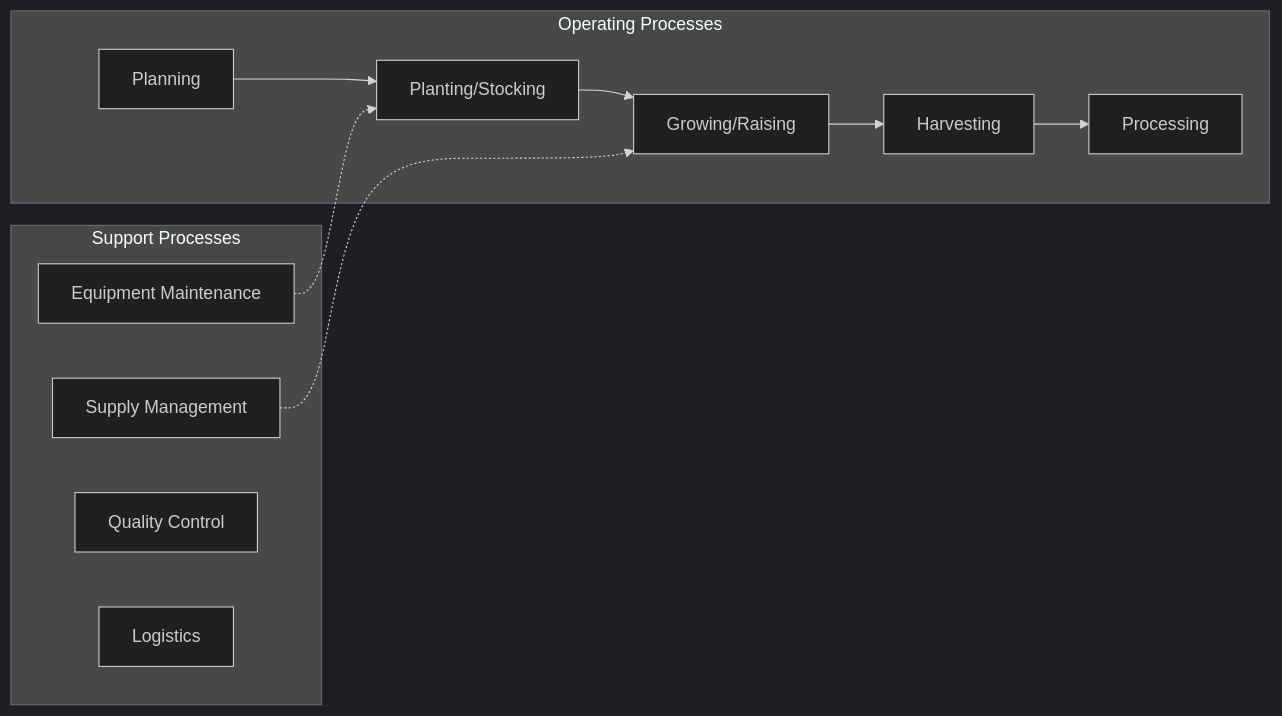
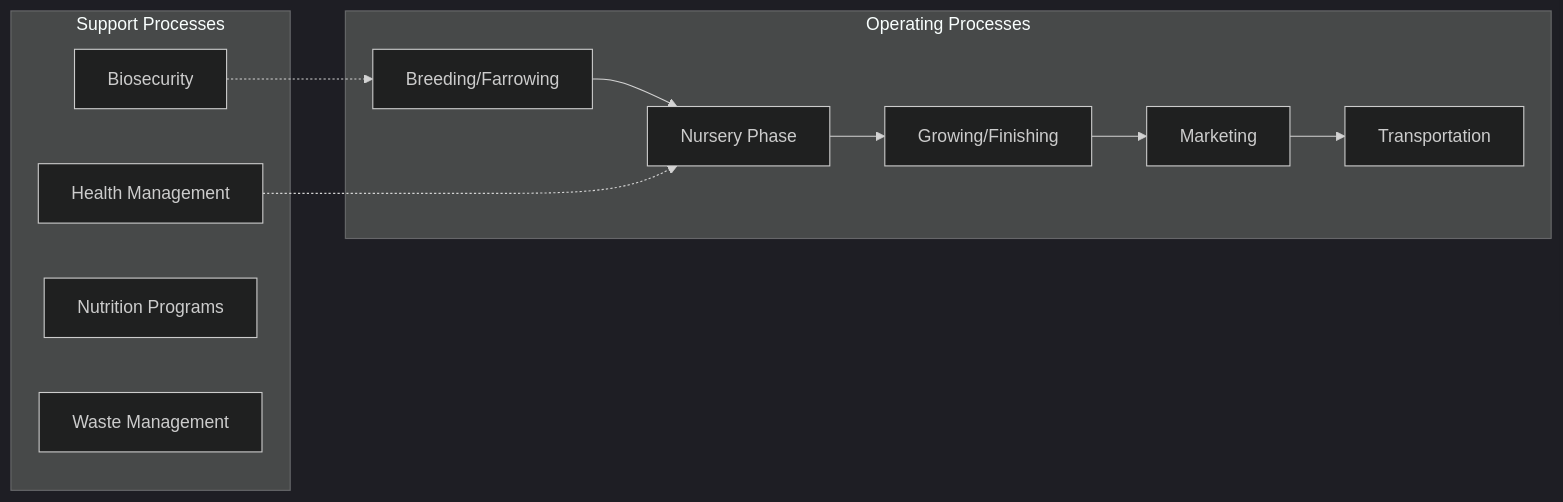
The second of 3 diagrams in industries/Agriculture/AnimalProduction/PigFarming.mdx (kziemski/business.org.ai), drawn with Mermaid (dark theme) before and after one commit. The commit also changed other lines of this file and 19 other files, not shown here.

First line of the commit message:
feat: enrich industry files and add sequence diagrams to processes

````diff
--- a/industries/Agriculture/AnimalProduction/PigFarming.mdx
+++ b/industries/Agriculture/AnimalProduction/PigFarming.mdx
@@ -47,24 +64,24 @@
 ```mermaid
 flowchart LR
     subgraph Operating["Operating Processes"]
-        O1["Planning"]
-        O2["Planting/Stocking"]
-        O3["Growing/Raising"]
-        O4["Harvesting"]
-        O5["Processing"]
+        O1["Breeding/Farrowing"]
+        O2["Nursery Phase"]
+        O3["Growing/Finishing"]
+        O4["Marketing"]
+        O5["Transportation"]
     end
 
     subgraph Support["Support Processes"]
-        S1["Equipment Maintenance"]
-        S2["Supply Management"]
-        S3["Quality Control"]
-        S4["Logistics"]
+        S1["Biosecurity"]
+        S2["Health Management"]
+        S3["Nutrition Programs"]
+        S4["Waste Management"]
     end
 
     O1 --> O2
     O2 --> O3
     O3 --> O4
     O4 --> O5
-    S1 -.-> O2
-    S2 -.-> O3
+    S1 -.-> O1
+    S2 -.-> O2
 ```
````
